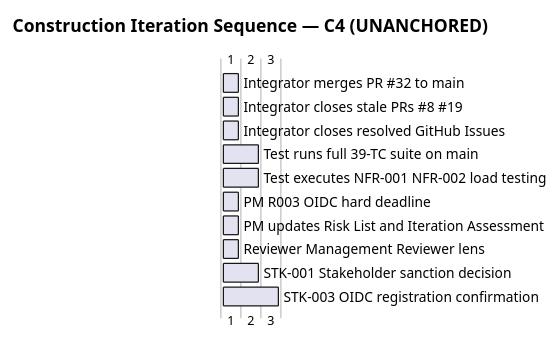
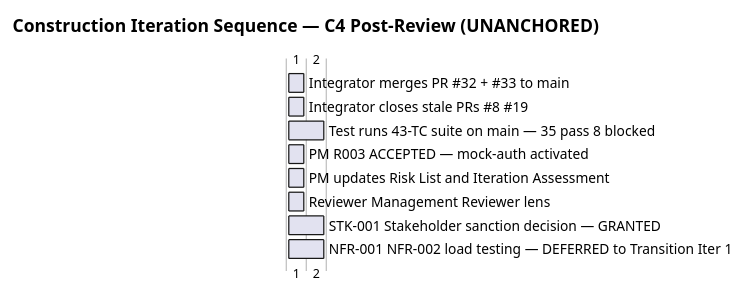
Before and after one commit to banense-test/portal-cuba-corp: the second of 2 diagrams in docs/artifacts/project-management/iteration-plan.md, drawn with PlantUML. The commit also changed other lines of this file, not shown here.

First line of the commit message:
Project Manager [C4]: upsert Iteration Plan

````diff
--- a/docs/artifacts/project-management/iteration-plan.md
+++ b/docs/artifacts/project-management/iteration-plan.md
@@ -93,18 +95,16 @@
 ```plantuml
 @startgantt
-title Construction Iteration Sequence — C4 (UNANCHORED)
+title Construction Iteration Sequence — C4 Post-Review (UNANCHORED)
 
-[Integrator merges PR #32 to main] lasts 1 days
+[Integrator merges PR #32 + #33 to main] lasts 1 days
 [Integrator closes stale PRs #8 #19] lasts 1 days
-[Integrator closes resolved GitHub Issues] lasts 1 days
-[Test runs full 39-TC suite on main] lasts 2 days
-[Test executes NFR-001 NFR-002 load testing] lasts 2 days
-[PM R003 OIDC hard deadline] lasts 1 days
+[Test runs 43-TC suite on main — 35 pass 8 blocked] lasts 2 days
+[PM R003 ACCEPTED — mock-auth activated] lasts 1 days
 [PM updates Risk List and Iteration Assessment] lasts 1 days
 [Reviewer Management Reviewer lens] lasts 1 days
 
-[STK-001 Stakeholder sanction decision] lasts 2 days
-[STK-003 OIDC registration confirmation] lasts 3 days
+[STK-001 Stakeholder sanction decision — GRANTED] lasts 2 days
+[NFR-001 NFR-002 load testing — DEFERRED to Transition Iter 1] lasts 2 days
 
 @endgantt
 ```
````
